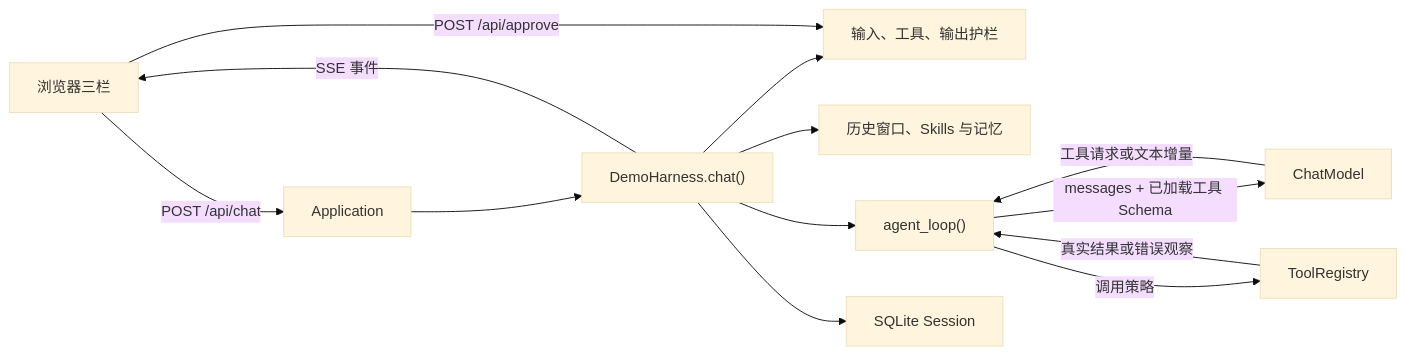
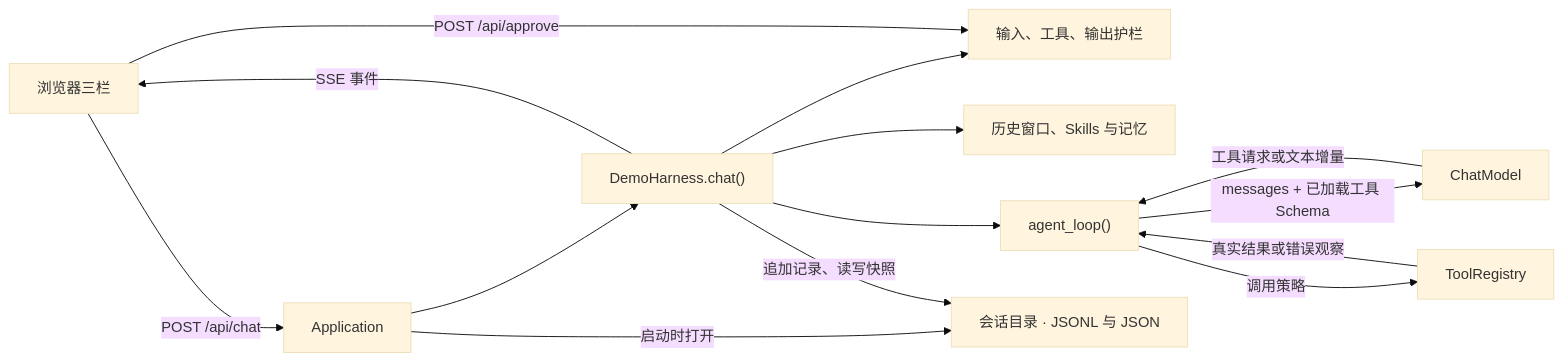
The diagram in docs/architecture.md (kylin1997/DemoHarness), drawn with Mermaid (base theme) before and after one commit. The commit also changed other lines of this file and 4 other files, not shown here.

Commit message:
docs(state): teach JSONL session persistence

````diff
--- a/docs/architecture.md
+++ b/docs/architecture.md
@@ -9,15 +9,16 @@
 ```mermaid
 flowchart LR
     Page["浏览器三栏"] -->|"POST /api/chat"| HTTP["Application"]
     HTTP --> Harness["DemoHarness.chat()"]
     Harness --> Guard["输入、工具、输出护栏"]
     Harness --> Window["历史窗口、Skills 与记忆"]
     Harness --> Loop["agent_loop()"]
     Loop -->|"messages + 已加载工具 Schema"| Model["ChatModel"]
     Model -->|"工具请求或文本增量"| Loop
     Loop -->|"调用策略"| Tools["ToolRegistry"]
     Tools -->|"真实结果或错误观察"| Loop
-    Harness --> Store["SQLite Session"]
+    HTTP -->|"启动时打开"| Store["会话目录 · JSONL 与 JSON"]
+    Harness -->|"追加记录、读写快照"| Store
     Harness -->|"SSE 事件"| Page
     Page -->|"POST /api/approve"| Guard
 ```
````
